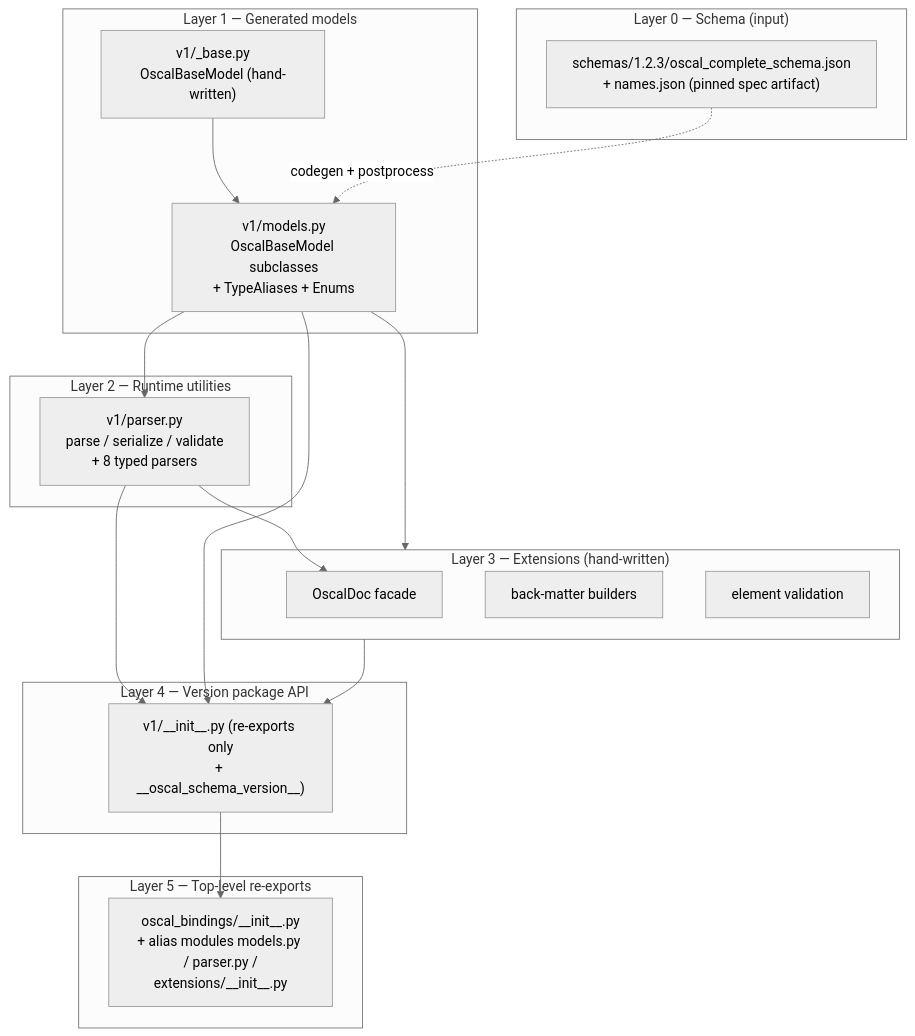
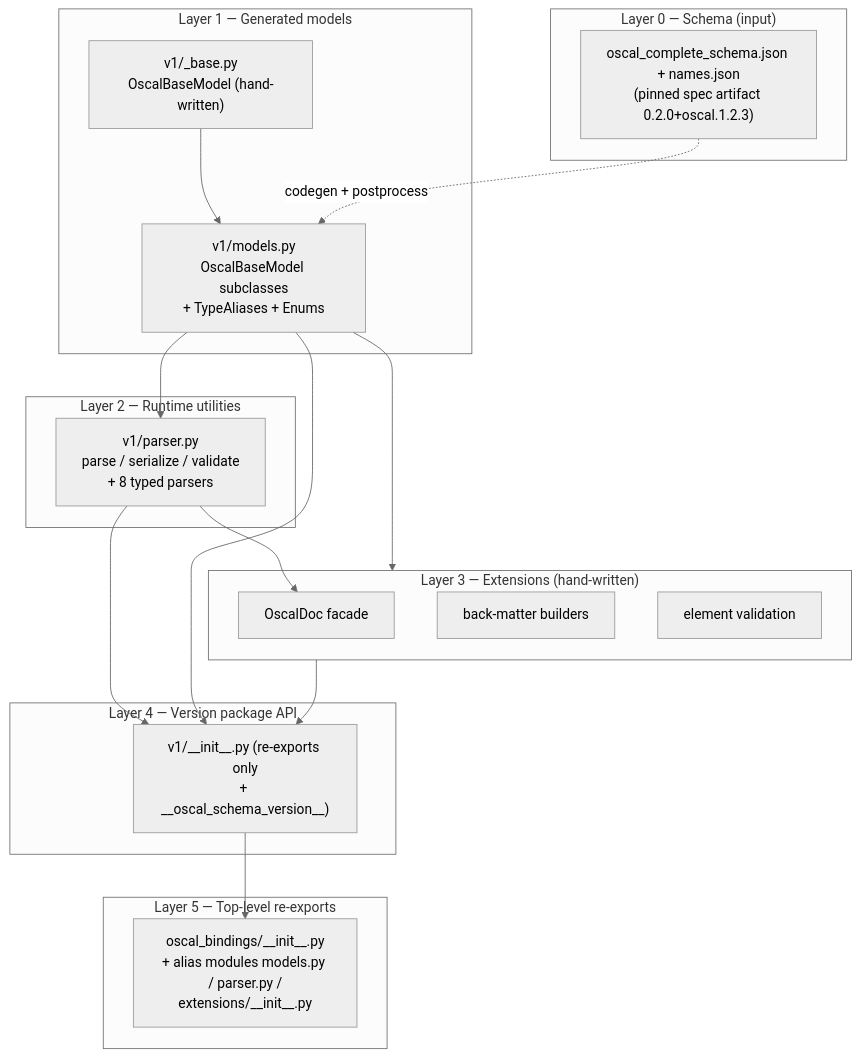
Before and after one commit to cairn-proofs/oscal-bindings-python: the first of 2 diagrams in .agents/summary/architecture.md, drawn with Mermaid (neutral theme). The commit also changed other lines of this file and 52 other files, not shown here.

First line of the commit message:
Generate from the pinned spec artifact; drop vendored schemas (#23)

````diff
--- a/.agents/summary/architecture.md
+++ b/.agents/summary/architecture.md
@@ -11,33 +11,33 @@
 ```mermaid
 graph TB
     subgraph L0["Layer 0 — Schema (input)"]
-        S["schemas/1.2.3/oscal_complete_schema.json<br/>+ names.json (pinned spec artifact)"]
+        S["oscal_complete_schema.json + names.json<br/>(pinned spec artifact 0.2.0+oscal.1.2.3)"]
     end
     subgraph L1["Layer 1 — Generated models"]
         BASE["v1/_base.py<br/>OscalBaseModel (hand-written)"]
         M["v1/models.py<br/>OscalBaseModel subclasses<br/>+ TypeAliases + Enums"]
         BASE --> M
     end
     subgraph L2["Layer 2 — Runtime utilities"]
         P["v1/parser.py<br/>parse / serialize / validate<br/>+ 8 typed parsers"]
     end
     subgraph L3["Layer 3 — Extensions (hand-written)"]
         D["OscalDoc facade"]
         B["back-matter builders"]
         V["element validation"]
     end
     subgraph L4["Layer 4 — Version package API"]
         I["v1/__init__.py (re-exports only<br/>+ __oscal_schema_version__)"]
     end
     subgraph L5["Layer 5 — Top-level re-exports"]
         C["oscal_bindings/__init__.py<br/>+ alias modules models.py / parser.py /<br/>extensions/__init__.py"]
     end
     S -. codegen + postprocess .-> M
     M --> P
     M --> L3
     P --> D
     P --> I
     L3 --> I
     M --> I
     I --> C
 ```
````
